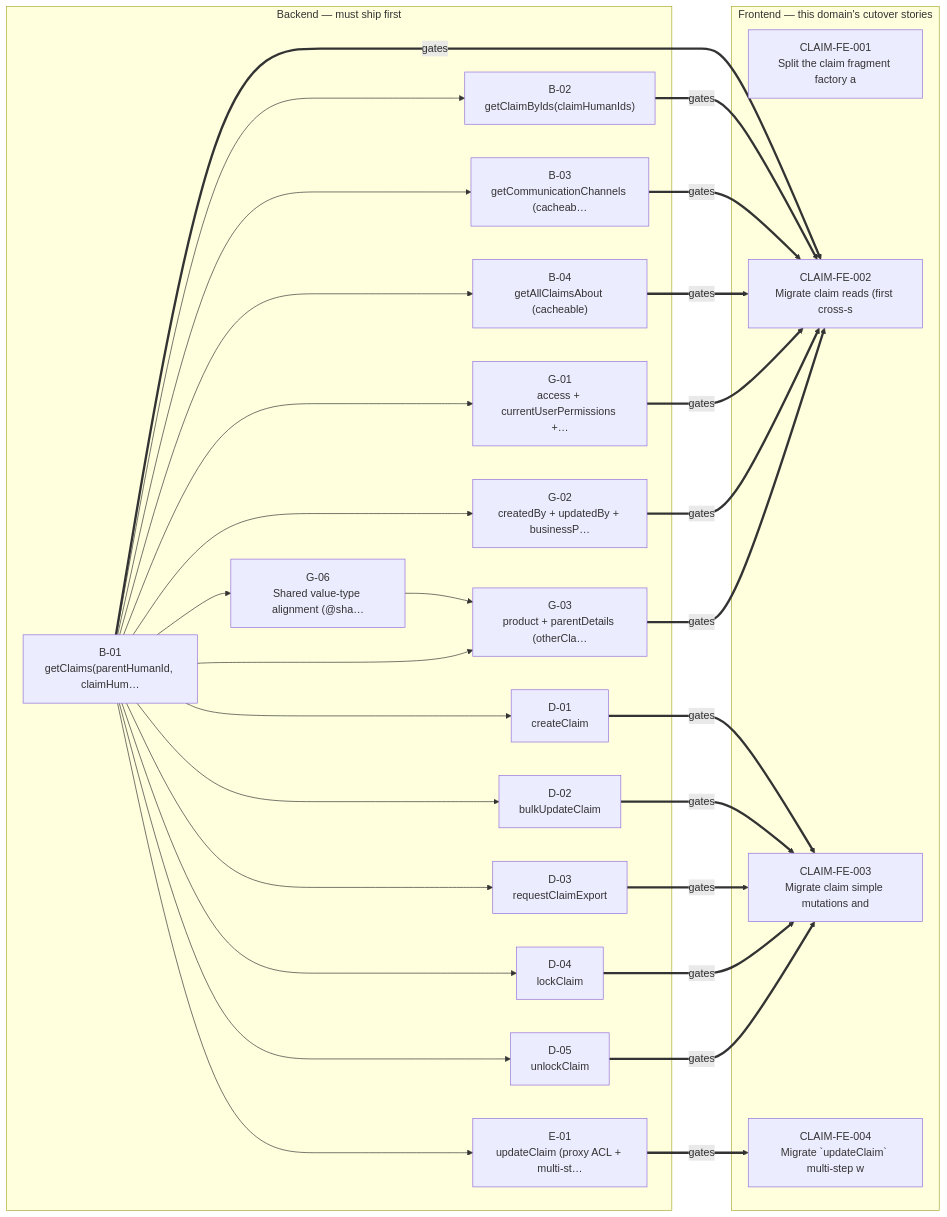
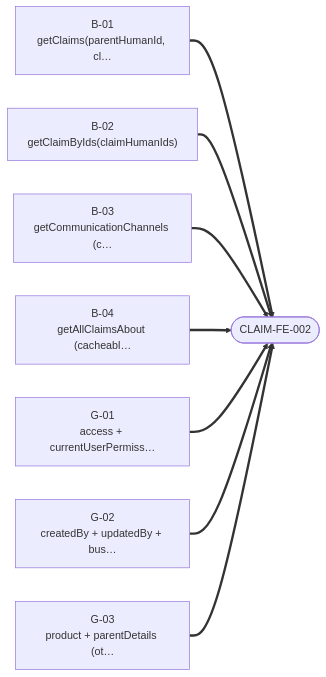
The third of 5 diagrams in finalArtifacts/summary/claims/story-dependency-graph-claims.md (SarithaMathai/migration), drawn with Mermaid before and after one commit. The commit also changed other lines of this file and 27 other files, not shown here.

First line of the commit message:
Redesign story dependency graphs for legibility

````diff
--- a/finalArtifacts/summary/claims/story-dependency-graph-claims.md
+++ b/finalArtifacts/summary/claims/story-dependency-graph-claims.md
@@ -75,52 +90,18 @@
 ```mermaid
 flowchart LR
-  subgraph BE["Backend — must ship first"]
-    NB_01["B-01<br/>getClaims(parentHumanId, claimHum…"]
-    NB_02["B-02<br/>getClaimByIds(claimHumanIds)"]
-    NB_03["B-03<br/>getCommunicationChannels (cacheab…"]
-    NB_04["B-04<br/>getAllClaimsAbout (cacheable)"]
-    ND_01["D-01<br/>createClaim"]
-    ND_02["D-02<br/>bulkUpdateClaim"]
-    ND_03["D-03<br/>requestClaimExport"]
-    ND_04["D-04<br/>lockClaim"]
-    ND_05["D-05<br/>unlockClaim"]
-    NE_01["E-01<br/>updateClaim (proxy ACL + multi-st…"]
-    NG_01["G-01<br/>access + currentUserPermissions +…"]
-    NG_02["G-02<br/>createdBy + updatedBy + businessP…"]
-    NG_03["G-03<br/>product + parentDetails (otherCla…"]
-    NG_06["G-06<br/>Shared value-type alignment (@sha…"]
-  end
-  subgraph FE["Frontend — this domain's cutover stories"]
-    NCLAIM_FE_001["CLAIM-FE-001<br/>Split the claim fragment factory a"]
-    NCLAIM_FE_002["CLAIM-FE-002<br/>Migrate claim reads (first cross-s"]
-    NCLAIM_FE_003["CLAIM-FE-003<br/>Migrate claim simple mutations and"]
-    NCLAIM_FE_004["CLAIM-FE-004<br/>Migrate `updateClaim` multi-step w"]
-  end
-  NB_01 --> NB_02
-  NB_01 --> ND_04
-  NG_06 --> NG_03
-  NB_01 --> NG_03
-  NB_01 --> NB_03
-  NB_01 --> NG_06
-  NB_01 --> NG_02
-  NB_01 --> NG_01
-  NB_01 --> ND_02
-  NB_01 --> ND_01
-  NB_01 --> NB_04
-  NB_01 --> ND_03
-  NB_01 --> ND_05
-  NB_01 --> NE_01
-  NB_01 ==>|gates| NCLAIM_FE_002
-  NB_02 ==>|gates| NCLAIM_FE_002
-  NB_03 ==>|gates| NCLAIM_FE_002
-  NB_04 ==>|gates| NCLAIM_FE_002
-  NG_01 ==>|gates| NCLAIM_FE_002
-  NG_02 ==>|gates| NCLAIM_FE_002
-  NG_03 ==>|gates| NCLAIM_FE_002
-  ND_01 ==>|gates| NCLAIM_FE_003
-  ND_02 ==>|gates| NCLAIM_FE_003
-  ND_03 ==>|gates| NCLAIM_FE_003
-  ND_04 ==>|gates| NCLAIM_FE_003
-  ND_05 ==>|gates| NCLAIM_FE_003
-  NE_01 ==>|gates| NCLAIM_FE_004
+  NB_01["B-01<br/>getClaims(parentHumanId, cl…"]
+  NB_02["B-02<br/>getClaimByIds(claimHumanIds)"]
+  NB_03["B-03<br/>getCommunicationChannels (c…"]
+  NB_04["B-04<br/>getAllClaimsAbout (cacheabl…"]
+  NG_01["G-01<br/>access + currentUserPermiss…"]
+  NG_02["G-02<br/>createdBy + updatedBy + bus…"]
+  NG_03["G-03<br/>product + parentDetails (ot…"]
+  NCLAIM_FE_002(["CLAIM-FE-002"])
+  NB_01 ==> NCLAIM_FE_002
+  NB_02 ==> NCLAIM_FE_002
+  NB_03 ==> NCLAIM_FE_002
+  NB_04 ==> NCLAIM_FE_002
+  NG_01 ==> NCLAIM_FE_002
+  NG_02 ==> NCLAIM_FE_002
+  NG_03 ==> NCLAIM_FE_002
 ```
````
